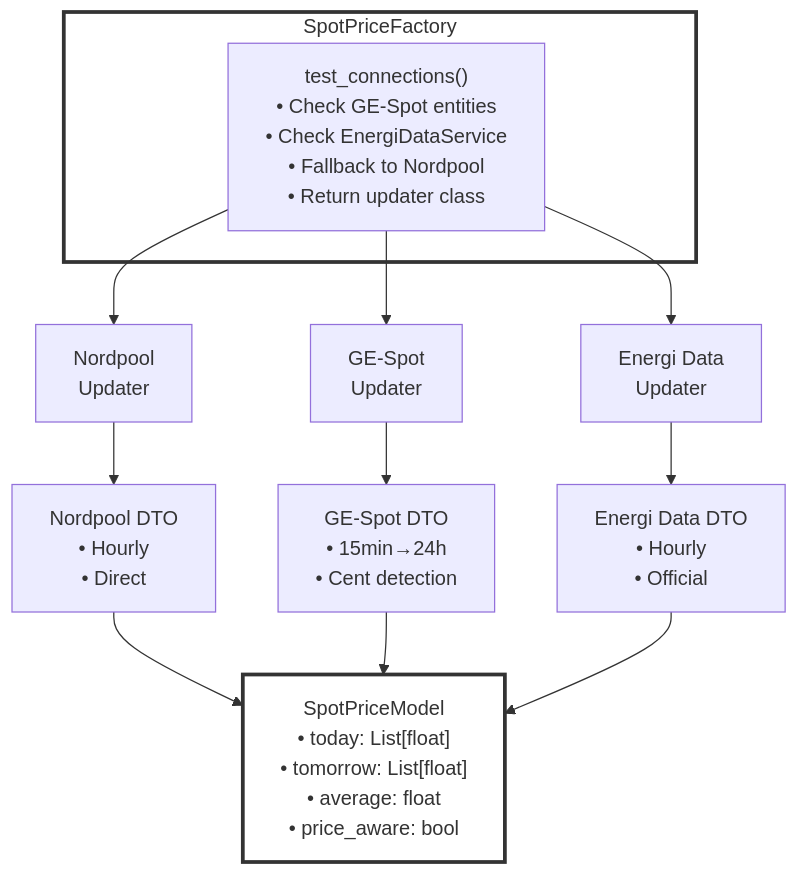
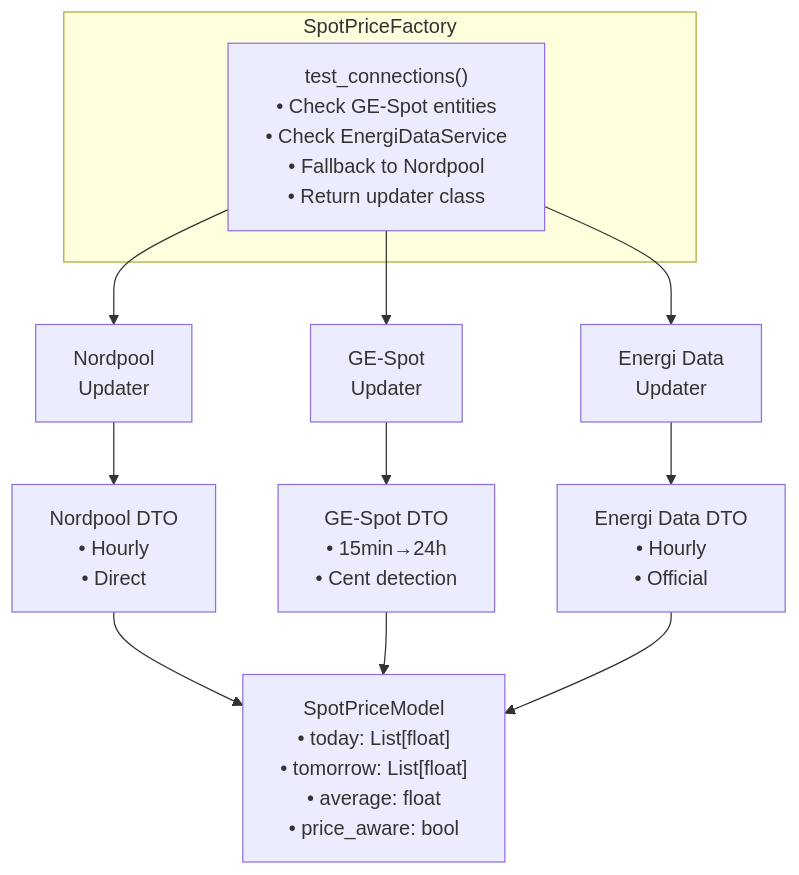
The diagram in docs/spotprice/README.md (elden1337/peaqev-core), drawn with Mermaid before and after one commit.

Commit message:
docs: Complete removal of custom Mermaid styling
- Remove remaining white box styling from README.md
- All diagrams now use uniform default appearance

````diff
--- a/docs/spotprice/README.md
+++ b/docs/spotprice/README.md
@@ -80,21 +80,18 @@
 ```mermaid
 graph TB
     subgraph Factory["SpotPriceFactory"]
         TC["test_connections()<br/>• Check GE-Spot entities<br/>• Check EnergiDataService<br/>• Fallback to Nordpool<br/>• Return updater class"]
     end
     
     TC --> NordpoolUpd["Nordpool<br/>Updater"]
     TC --> GESpotUpd["GE-Spot<br/>Updater"]
     TC --> EDSUpd["Energi Data<br/>Updater"]
     
     NordpoolUpd --> NordpoolDTO["Nordpool DTO<br/>• Hourly<br/>• Direct"]
     GESpotUpd --> GESpotDTO["GE-Spot DTO<br/>• 15min→24h<br/>• Cent detection"]
     EDSUpd --> EDSDTO["Energi Data DTO<br/>• Hourly<br/>• Official"]
     
     NordpoolDTO --> Model["SpotPriceModel<br/>• today: List[float]<br/>• tomorrow: List[float]<br/>• average: float<br/>• price_aware: bool"]
     GESpotDTO --> Model
     EDSDTO --> Model
-    
-    style Factory fill:#fff,stroke:#333,stroke-width:3px
-    style Model fill:#fff,stroke:#333,stroke-width:3px
 ```
````
